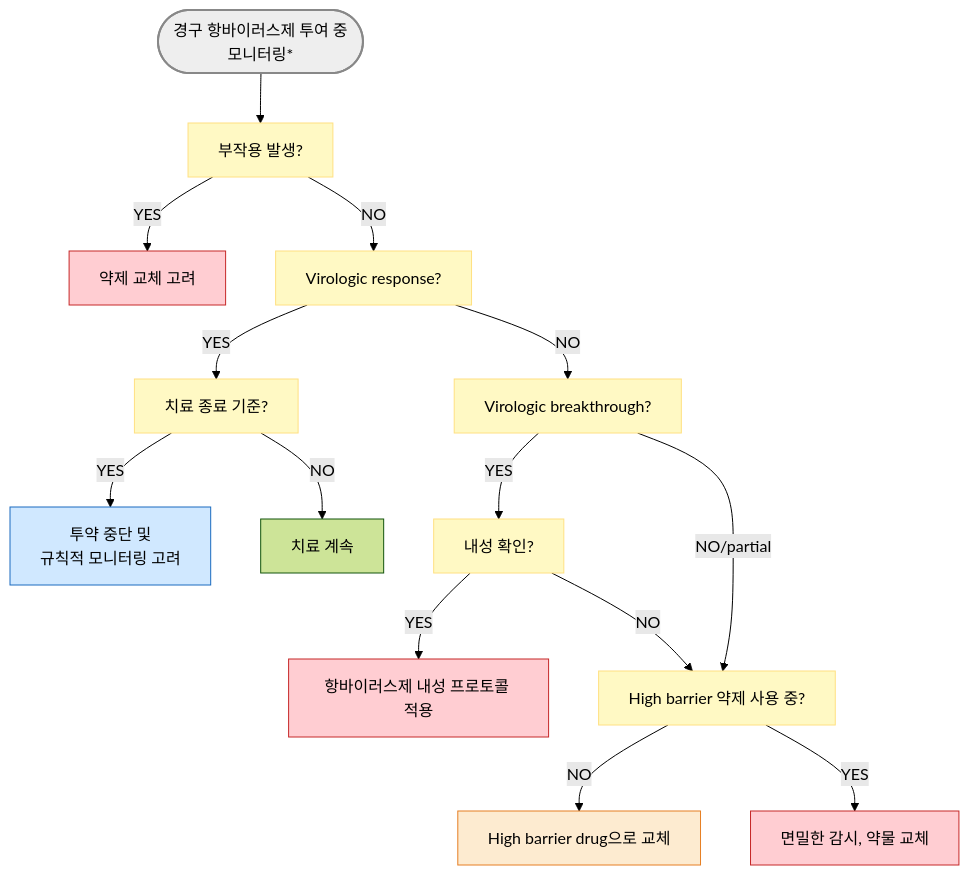
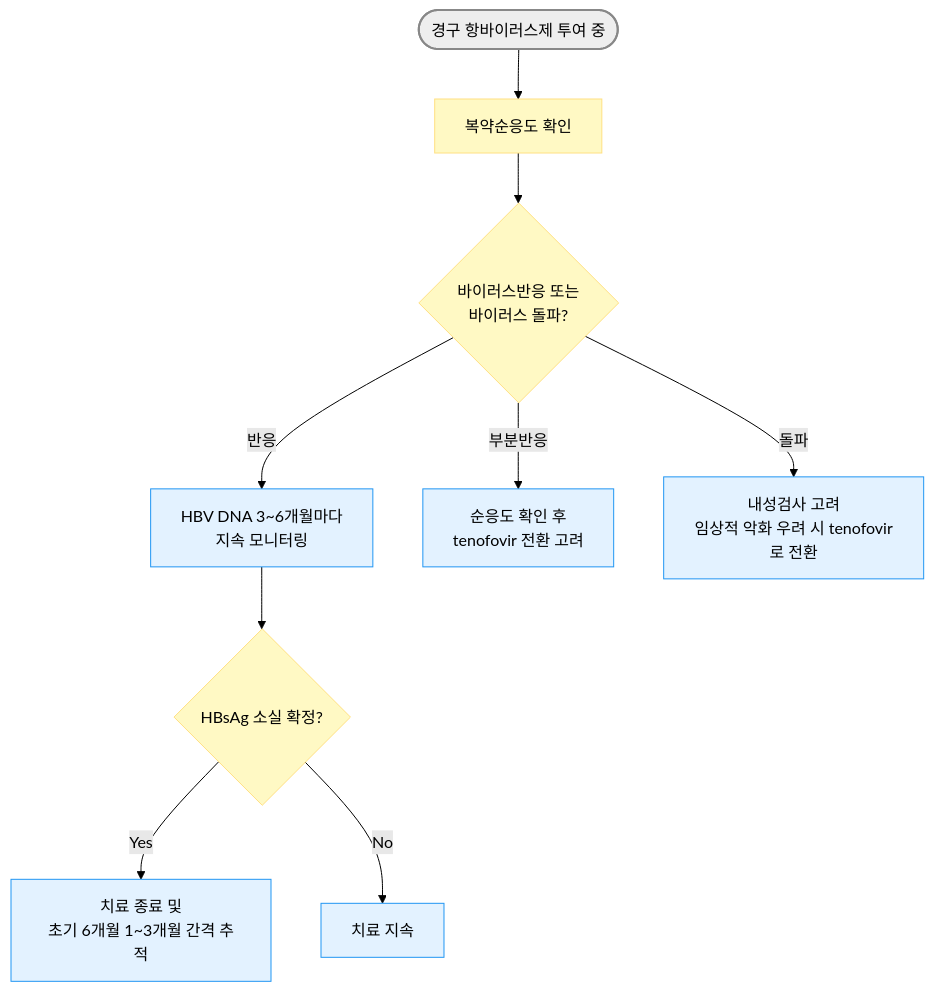
Before and after one commit to familyoh77/familyoh77: the third of 4 diagrams in 224_/091_b-hepatitis-b-viral-infection.md, drawn with Mermaid (forest theme). The commit also changed other lines of this file and 4 other files, not shown here.

````diff
--- a/224_/091_b-hepatitis-b-viral-infection.md
+++ b/224_/091_b-hepatitis-b-viral-infection.md
@@ -397,38 +326,17 @@
 ```mermaid
 flowchart TD
-    A([경구 항바이러스제 투여 중 <br/>모니터링*])
-    B[부작용 발생?]
-    C[약제 교체 고려]
-    D[Virologic response?]
-    E[치료 종료 기준?]
-    F[Virologic breakthrough?]
-    G[내성 확인?]
-    H[High barrier 약제 사용 중?]
-    I[투약 중단 및 <br/>규칙적 모니터링 고려]
-    J[치료 계속]
-    K[항바이러스제 내성 프로토콜 적용]
-    L[High barrier drug으로 교체]
-    M[면밀한 감시, 약물 교체]
-    A --> B
-    B -- YES --> C
-    B -- NO --> D
-    D -- YES --> E
-    E -- YES --> I
-    E -- NO --> J
-    D -- NO --> F
-    F -- YES --> G
-    G -- YES --> K
-    G -- NO --> H
-    F -- NO/partial --> H
-    H -- NO --> L
-    H -- YES --> M
+    A([경구 항바이러스제 투여 중]) --> B[복약순응도 확인]
+    B --> C{바이러스반응 또는<br/>바이러스 돌파?}
+    C -- 반응 --> D[HBV DNA 3~6개월마다<br/>지속 모니터링]
+    C -- 부분반응 --> E[순응도 확인 후<br/>tenofovir 전환 고려]
+    C -- 돌파 --> F[내성검사 고려<br/>임상적 악화 우려 시 tenofovir로 전환]
+    D --> G{HBsAg 소실 확정?}
+    G -- Yes --> H[치료 종료 및<br/>초기 6개월 1~3개월 간격 추적]
+    G -- No --> I[치료 지속]
+
 style A fill:#eeeeee,stroke:#888888,stroke-width:2px
 classDef yellow fill:#fff9c4,stroke:#ffe082
-class B,D,E,F,G,H yellow
-classDef L_red fill:#ffcdd2,stroke:#c62828
-class C,M,K L_red
-classDef orange fill:#fdebd0,stroke:#e67e22
-class L orange
-classDef blue fill:#d0e8ff,stroke:#1a6abf
-class I blue
+class B,C,G yellow
+classDef sky fill:#e3f2ff,stroke:#2196f3
+class D,E,F,H,I sky
 ```
````
